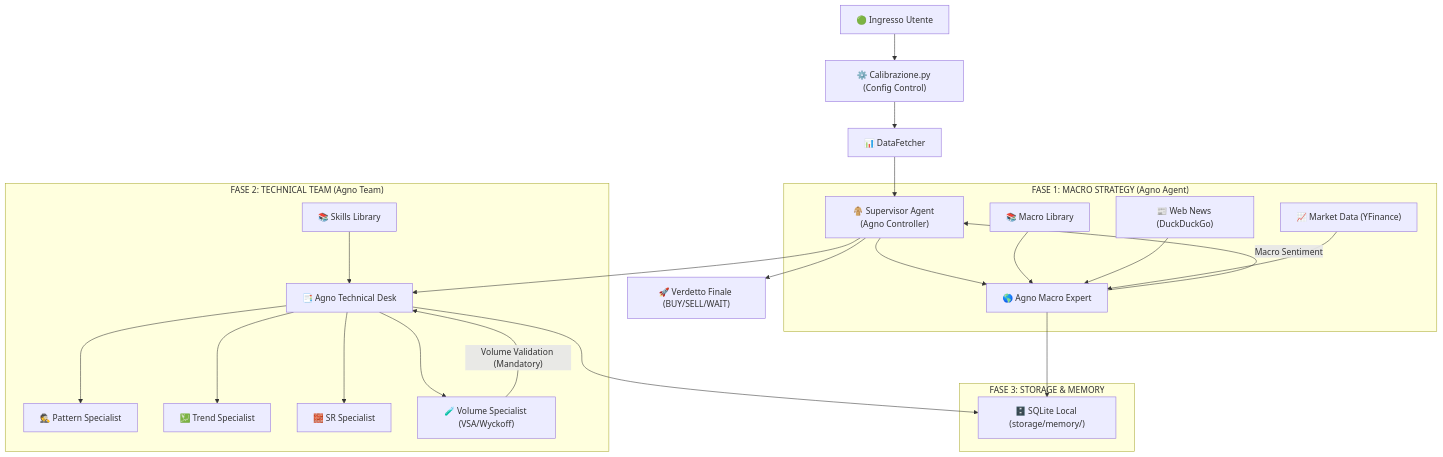
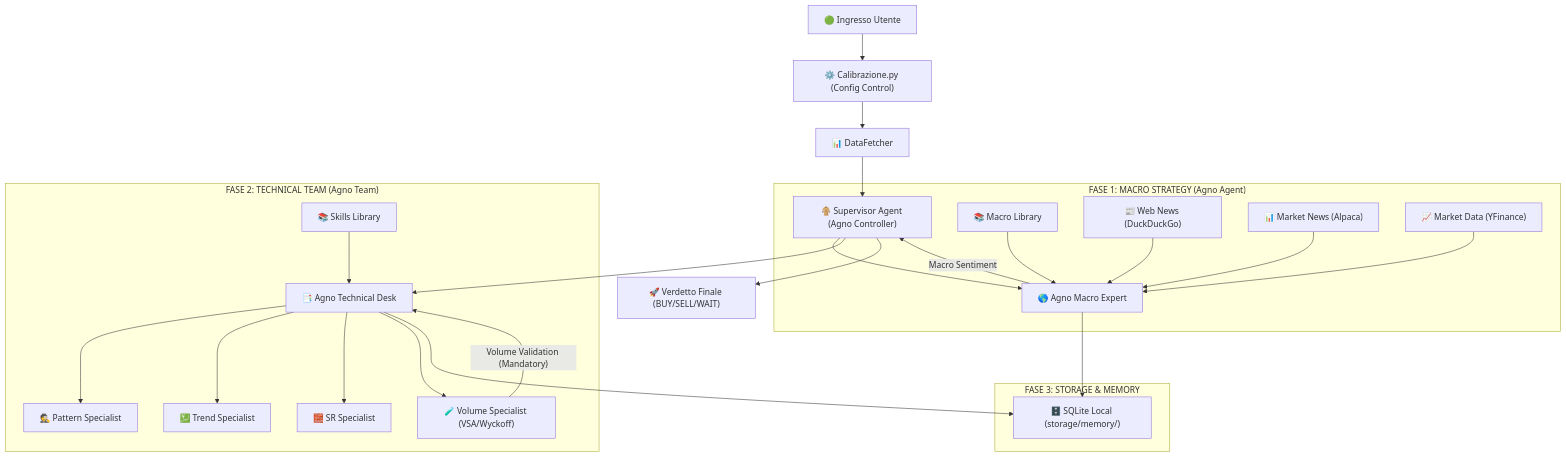
One commit to 77gpp/Trading-App changed the diagram in documentazione/architettura.md. Above: the diagram before and after it, drawn with Mermaid. The commit also changed other lines of this file and 7 other files, not shown here.

Commit message:
feat: integrate Alpaca Markets News API as a new tool for the Macro Expert agent and update documentation.

````diff
--- a/documentazione/architettura.md
+++ b/documentazione/architettura.md
@@ -7,30 +7,31 @@
 ```mermaid
 graph TD
     User["🟢 Ingresso Utente"] --> Settings["⚙️ Calibrazione.py (Config Control)"]
     Settings --> Data["📊 DataFetcher"]
     Data --> Sup["🧥 Supervisor Agent (Agno Controller)"]
     
     subgraph "FASE 1: MACRO STRATEGY (Agno Agent)"
         Sup --> Macro["🌎 Agno Macro Expert"]
         MacroLib["📚 Macro Library"] --> Macro
         Web["📰 Web News (DuckDuckGo)"] --> Macro
+        Alpaca["📊 Market News (Alpaca)"] --> Macro
         Mkt["📈 Market Data (YFinance)"] --> Macro
         Macro -->|"Macro Sentiment"| Sup
     end
 
     subgraph "FASE 2: TECHNICAL TEAM (Agno Team)"
         Sup --> Team["📑 Agno Technical Desk"]
         Team --> Pat["🕵️ Pattern Specialist"]
         Team --> Trd["💹 Trend Specialist"]
         Team --> SR["🧱 SR Specialist"]
         Team --> Vol["🧪 Volume Specialist (VSA/Wyckoff)"]
         SkillLib["📚 Skills Library"] --> Team
         Vol -->|"Volume Validation (Mandatory)"| Team
     end
 
     subgraph "FASE 3: STORAGE & MEMORY"
         Macro & Team --> SQL["🗄️ SQLite Local (storage/memory/)"]
     end
 
     Sup --> Final["🚀 Verdetto Finale (BUY/SELL/WAIT)"]
 ```
````
